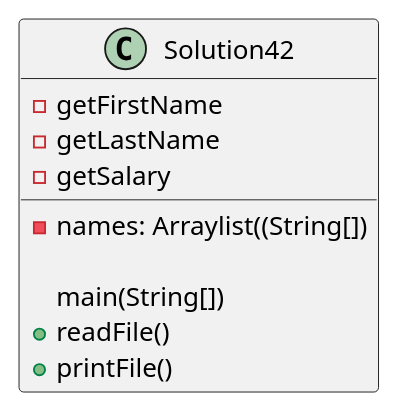
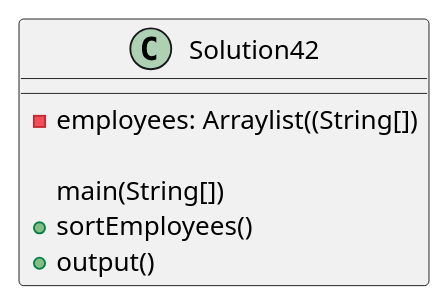
One commit to cachemoney-3000/samontanez-a04 changed the diagram in exercise42/docs/Solution42_ClassDiagram.puml. Above: the diagram before and after it, drawn with PlantUML. The commit also changed 8 other files, not shown here.

```diff
--- a/exercise42/docs/Solution42_ClassDiagram.puml
+++ b/exercise42/docs/Solution42_ClassDiagram.puml
@@ -1,14 +1,11 @@
 @startuml
 class Solution42 {
     'attributes
-    -names: Arraylist((String[])
+    -employees: Arraylist((String[])
 
     main(String[])
     'behaviors
-    -getFirstName
-    -getLastName
-    -getSalary
-    +readFile()
-    +printFile()
+    +sortEmployees()
+    +output()
 }
 @enduml
```
